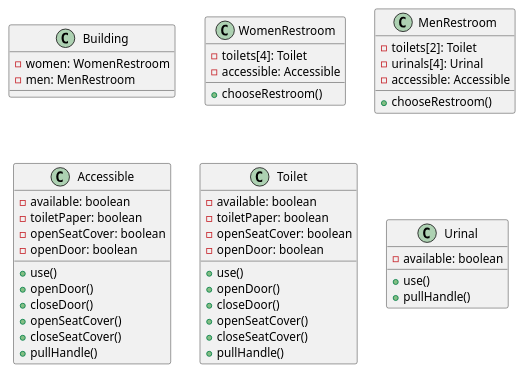
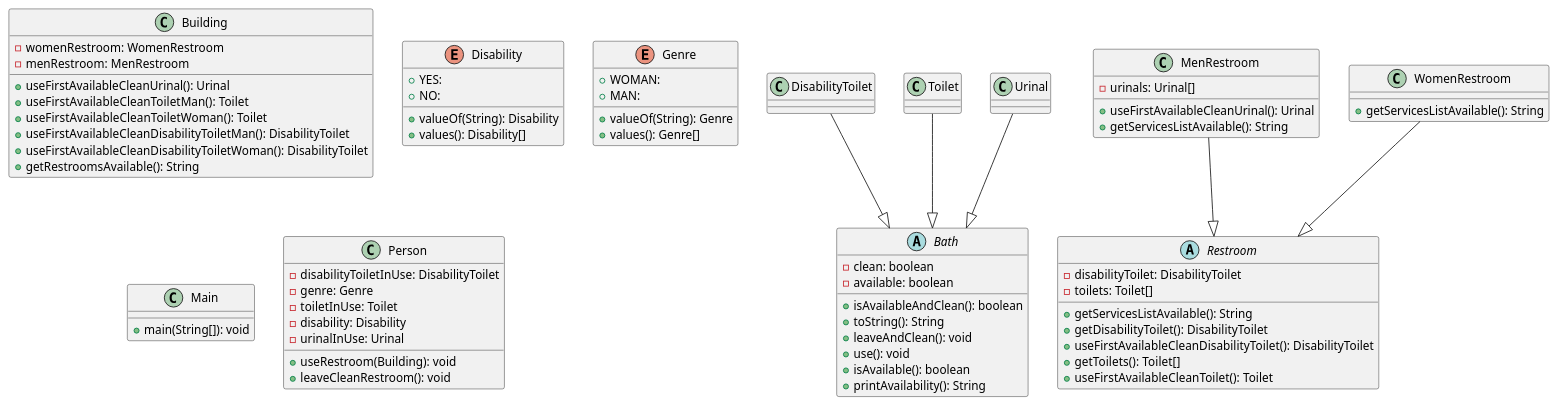
One commit to wesdell/restroom_design changed the diagram in src/Restroom.puml. Above: the diagram before and after it, drawn with PlantUML. The commit also changed 12 other files, not shown here.

```diff
--- a/src/Restroom.puml
+++ b/src/Restroom.puml
@@ -1,51 +1,72 @@
 @startuml
+abstract class Bath {
+  - clean: boolean
+  - available: boolean
+  + isAvailableAndClean(): boolean
+  + toString(): String
+  + leaveAndClean(): void
+  + use(): void
+  + isAvailable(): boolean
+  + printAvailability(): String
+}
 class Building {
--women: WomenRestroom
--men: MenRestroom
+  - womenRestroom: WomenRestroom
+  - menRestroom: MenRestroom
+  + useFirstAvailableCleanUrinal(): Urinal
+  + useFirstAvailableCleanToiletMan(): Toilet
+  + useFirstAvailableCleanToiletWoman(): Toilet
+  + useFirstAvailableCleanDisabilityToiletMan(): DisabilityToilet
+  + useFirstAvailableCleanDisabilityToiletWoman(): DisabilityToilet
+  + getRestroomsAvailable(): String
+}
+enum Disability {
+  + YES:
+  + NO:
+  + valueOf(String): Disability
+  + values(): Disability[]
+}
+class DisabilityToilet
+enum Genre {
+  + WOMAN:
+  + MAN:
+  + valueOf(String): Genre
+  + values(): Genre[]
+}
+class Main {
+  + main(String[]): void
+}
+class MenRestroom {
+  - urinals: Urinal[]
+  + useFirstAvailableCleanUrinal(): Urinal
+  + getServicesListAvailable(): String
+}
+class Person {
+  - disabilityToiletInUse: DisabilityToilet
+  - genre: Genre
+  - toiletInUse: Toilet
+  - disability: Disability
+  - urinalInUse: Urinal
+  + useRestroom(Building): void
+  + leaveCleanRestroom(): void
+}
+abstract class Restroom {
+  - disabilityToilet: DisabilityToilet
+  - toilets: Toilet[]
+  + getServicesListAvailable(): String
+  + getDisabilityToilet(): DisabilityToilet
+  + useFirstAvailableCleanDisabilityToilet(): DisabilityToilet
+  + getToilets(): Toilet[]
+  + useFirstAvailableCleanToilet(): Toilet
+}
+class Toilet
+class Urinal
+class WomenRestroom {
+  + getServicesListAvailable(): String
 }
 
-class WomenRestroom {
--toilets[4]: Toilet
--accessible: Accessible
-+chooseRestroom()
-}
-
-class MenRestroom {
--toilets[2]: Toilet
--urinals[4]: Urinal
--accessible: Accessible
-+chooseRestroom()
-}
-
-class Accessible {
--available: boolean
--toiletPaper: boolean
--openSeatCover: boolean
--openDoor: boolean
-+use()
-+openDoor()
-+closeDoor()
-+openSeatCover()
-+closeSeatCover()
-+pullHandle()
-}
-
-class Toilet {
--available: boolean
--toiletPaper: boolean
--openSeatCover: boolean
--openDoor: boolean
-+use()
-+openDoor()
-+closeDoor()
-+openSeatCover()
-+closeSeatCover()
-+pullHandle()
-}
-
-class Urinal {
--available: boolean
-+use()
-+pullHandle()
-}
+DisabilityToilet  --|>  Bath
+MenRestroom       --|>  Restroom
+Toilet            --|>  Bath
+Urinal            --|>  Bath
+WomenRestroom     --|>  Restroom
 @enduml
```
